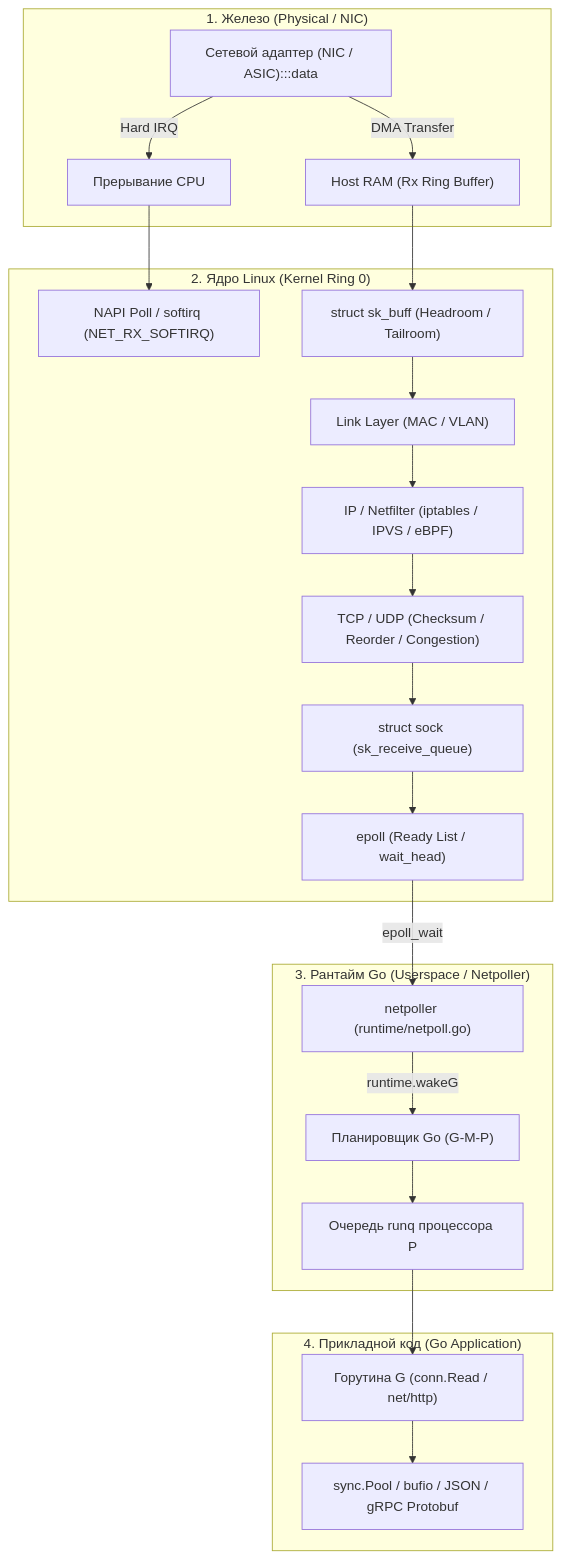
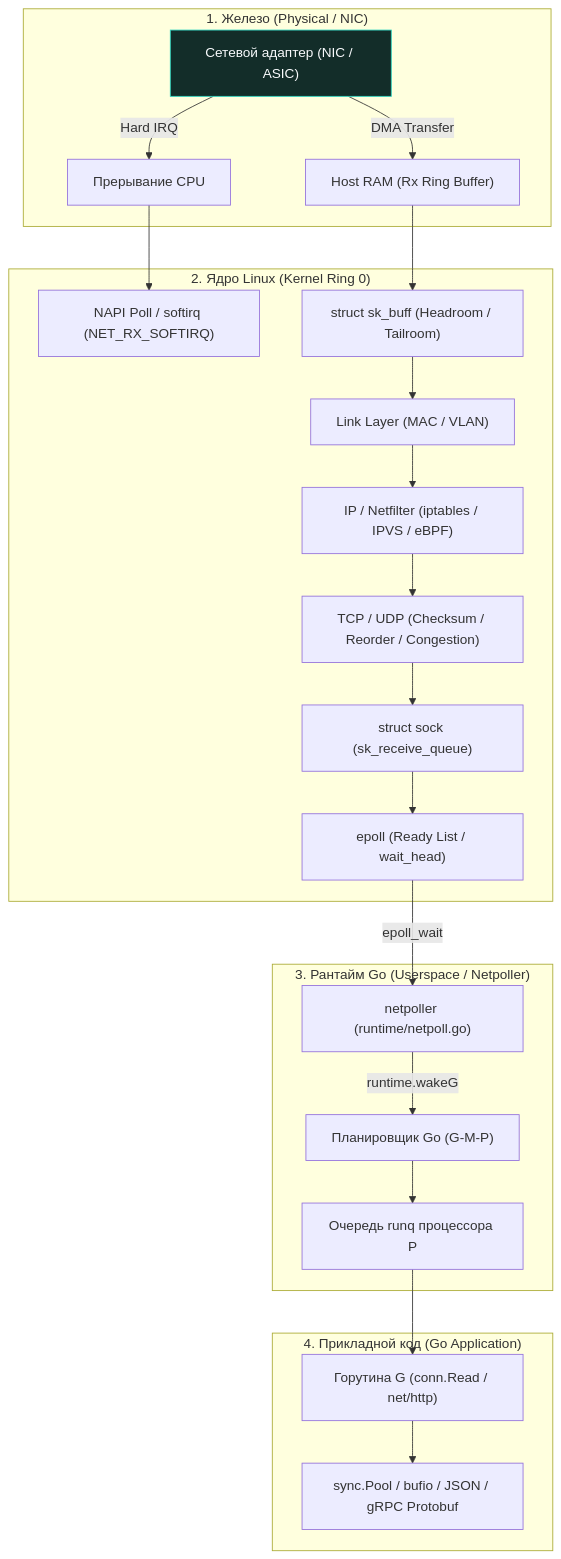
Before and after one commit to UnrealTemplier/go-textbook-ru: the first of 2 diagrams in sources/3. Компьютерные сети и сетевой стек/44. Итоги раздела. Полная картина сетевого стека для Go-разработчика.md, drawn with Mermaid. The commit also changed 166 other files, not shown here.

First line of the commit message:
fix(mermaid): move :::class out of quoted node labels

````diff
--- a/sources/3. Компьютерные сети и сетевой стек/44. Итоги раздела. Полная картина сетевого стека для Go-разработчика.md
+++ b/sources/3. Компьютерные сети и сетевой стек/44. Итоги раздела. Полная картина сетевого стека для Go-разработчика.md
@@ -20,38 +20,38 @@
 ```mermaid
 flowchart TD
     classDef process  fill:#1e293b,stroke:#38bdf8,stroke-width:1px,color:#f8fafc
     classDef success  fill:#064e3b,stroke:#34d399,stroke-width:1px,color:#f8fafc
     classDef error    fill:#7f1d1d,stroke:#f87171,stroke-width:1px,color:#f8fafc
     classDef warning  fill:#78350f,stroke:#fbbf24,stroke-width:1px,color:#f8fafc
     classDef entry    fill:#1e3a5f,stroke:#38bdf8,stroke-width:2px,color:#f8fafc
     classDef aux      fill:#334155,stroke:#64748b,stroke-width:1px,color:#f8fafc
     classDef system   fill:#312e81,stroke:#a78bfa,stroke-width:1px,color:#f8fafc
     classDef data     fill:#132d29,stroke:#2dd4bf,stroke-width:1px,color:#f8fafc
     classDef network  fill:#881337,stroke:#fb7185,stroke-width:1px,color:#f8fafc
     classDef accent   fill:#1e1b4b,stroke:#818cf8,stroke-width:1px,color:#f8fafc
     subgraph Hardware["1. Железо (Physical / NIC)"]
-        NIC["Сетевой адаптер (NIC / ASIC):::data"] -->|DMA Transfer| RAM["Host RAM (Rx Ring Buffer)"]
+        NIC["Сетевой адаптер (NIC / ASIC)"]:::data -->|DMA Transfer| RAM["Host RAM (Rx Ring Buffer)"]
         NIC -->|Hard IRQ| APIC["Прерывание CPU"]
     end
 
     subgraph LinuxKernel["2. Ядро Linux (Kernel Ring 0)"]
         APIC --> NAPI["NAPI Poll / softirq (NET_RX_SOFTIRQ)"]
         RAM --> SKB["struct sk_buff (Headroom / Tailroom)"]
         SKB --> L2["Link Layer (MAC / VLAN)"]
         L2 --> L3["IP / Netfilter (iptables / IPVS / eBPF)"]
         L3 --> L4["TCP / UDP (Checksum / Reorder / Congestion)"]
         L4 --> SOCK["struct sock (sk_receive_queue)"]
         SOCK --> EP["epoll (Ready List / wait_head)"]
     end
 
     subgraph GoRuntime["3. Рантайм Go (Userspace / Netpoller)"]
         EP -->|epoll_wait| NP["netpoller (runtime/netpoll.go)"]
         NP -->|runtime.wakeG| SCHED["Планировщик Go (G-M-P)"]
         SCHED --> RUNQ["Очередь runq процессора P"]
     end
 
     subgraph GoApp["4. Прикладной код (Go Application)"]
         RUNQ --> GOR["Горутина G (conn.Read / net/http)"]
         GOR --> BUF["sync.Pool / bufio / JSON / gRPC Protobuf"]
     end
 ```
````
